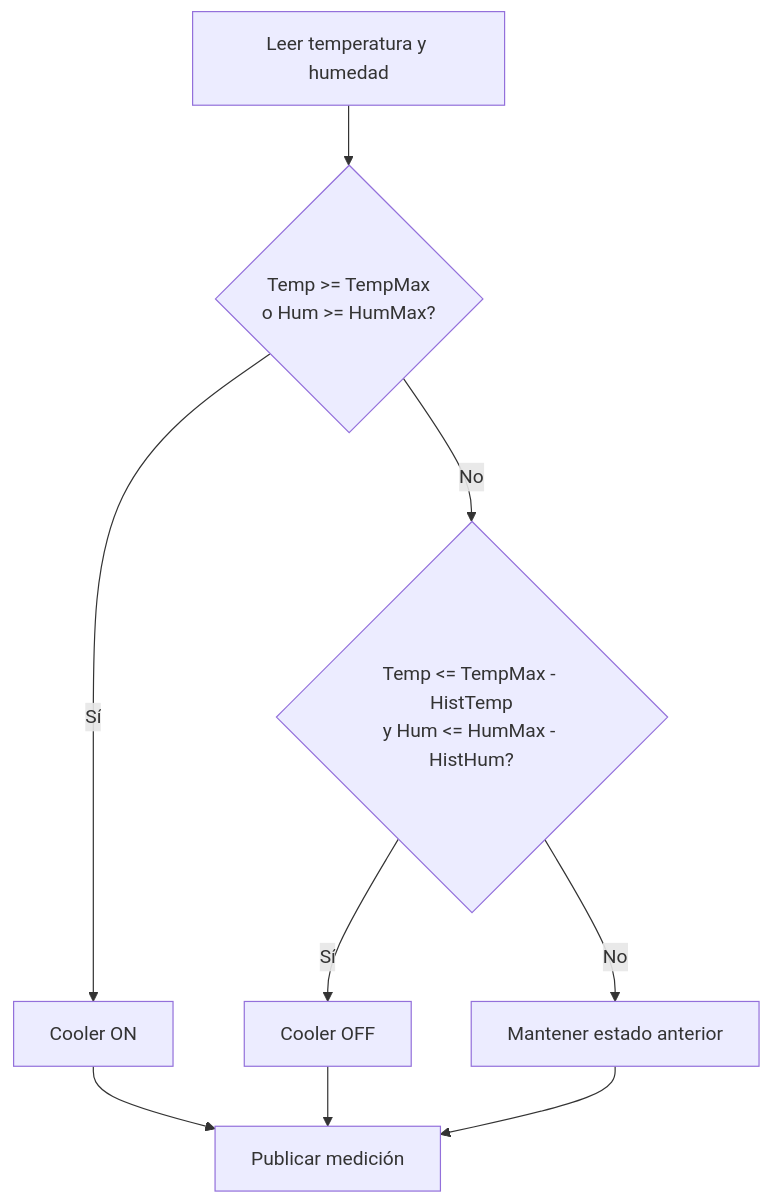
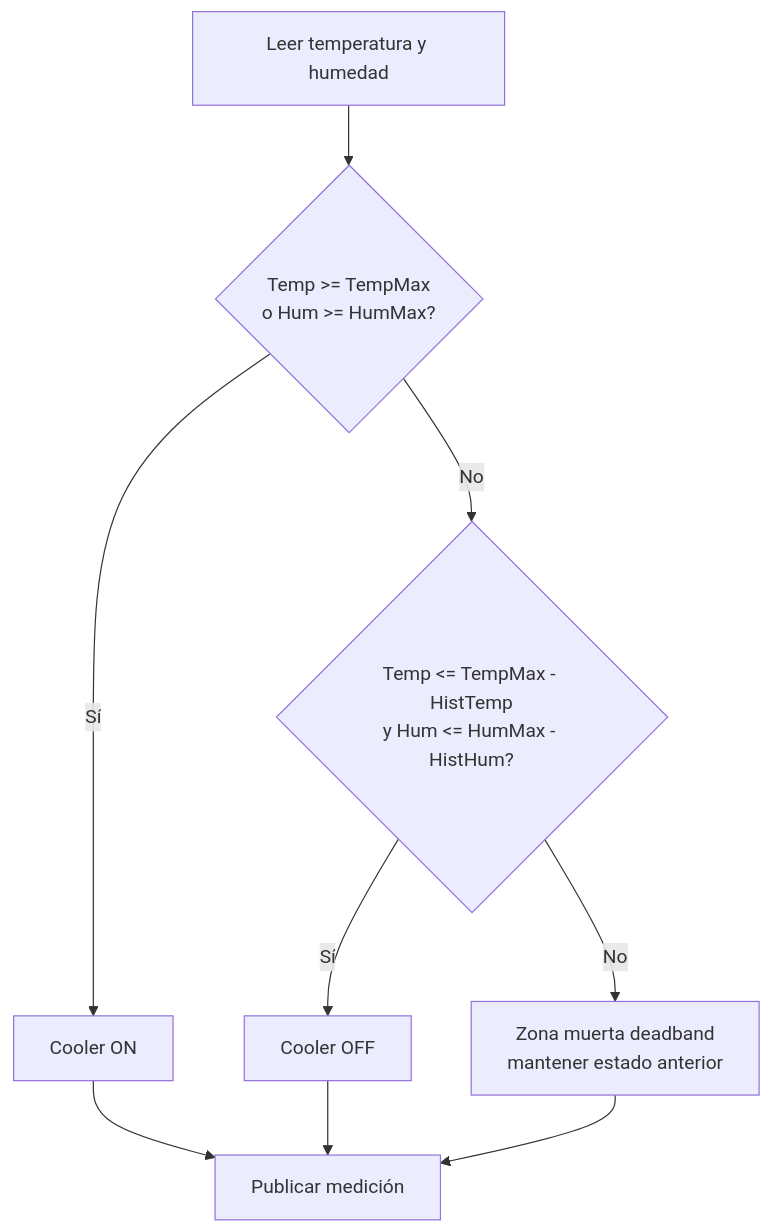
One commit to andinogabriel/plc-control-backend changed the fourth of 11 diagrams in README.md. Above: the diagram before and after it, drawn with Mermaid. The commit also changed other lines of this file, not shown here.

Commit message:
docs(readme): make hysteresis dead zone (deadband) explicit in control logic (#49)

````diff
--- a/README.md
+++ b/README.md
@@ -267,14 +271,14 @@
 ```mermaid
 flowchart TD
     Read[Leer temperatura y humedad] --> CheckHigh{Temp >= TempMax<br/>o Hum >= HumMax?}
 
     CheckHigh -- Sí --> CoolerOn[Cooler ON]
     CheckHigh -- No --> CheckLow{Temp <= TempMax - HistTemp<br/>y Hum <= HumMax - HistHum?}
 
     CheckLow -- Sí --> CoolerOff[Cooler OFF]
-    CheckLow -- No --> Keep[Mantener estado anterior]
+    CheckLow -- No --> Keep[Zona muerta deadband<br/>mantener estado anterior]
 
     CoolerOn --> Publish[Publicar medición]
     CoolerOff --> Publish
     Keep --> Publish
 ```
````
